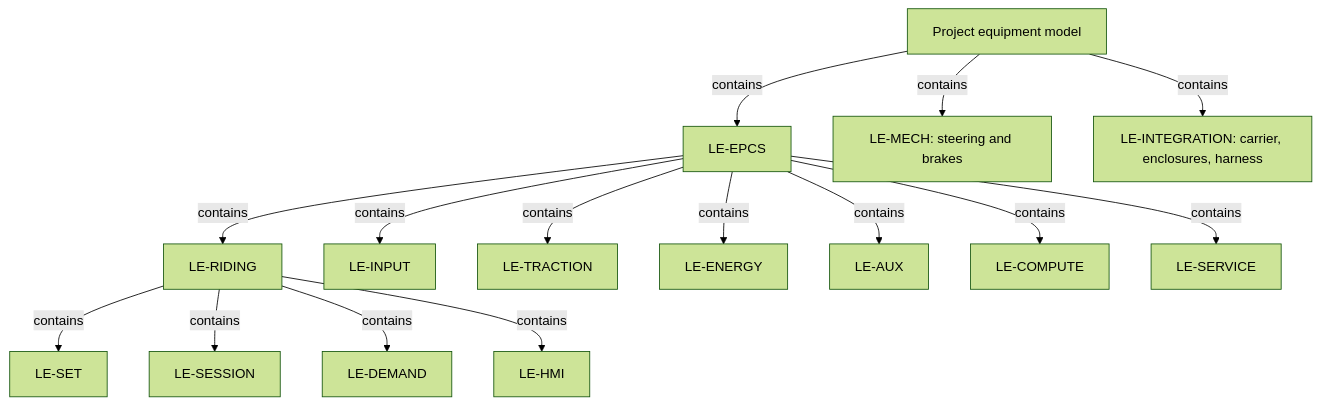
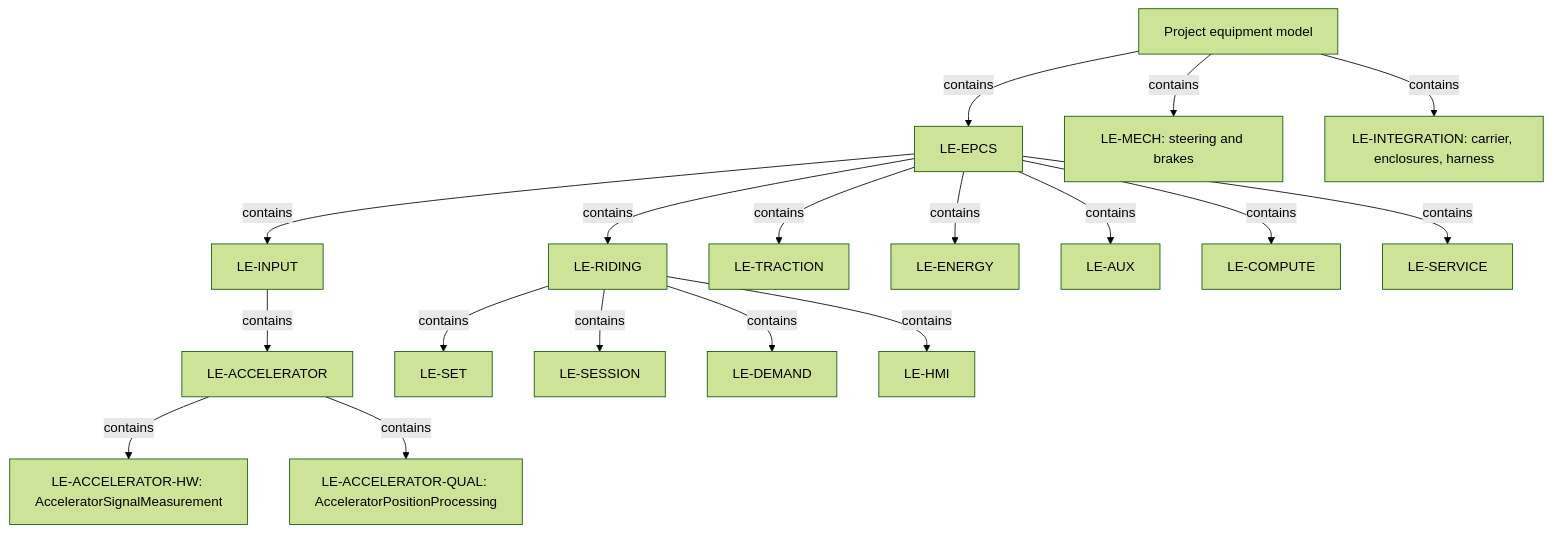
One commit to dhellhake/X2CityMCU changed the first of 2 diagrams in .devenv/Architecture/SystemArchitecture/ARCH-001_System_Architecture.md. Above: the diagram before and after it, drawn with Mermaid (forest theme). The commit also changed other lines of this file and 20 other files, not shown here.

Commit message:
Changed System Architecture towards Functional decomposition

````diff
--- a/.devenv/Architecture/SystemArchitecture/ARCH-001_System_Architecture.md
+++ b/.devenv/Architecture/SystemArchitecture/ARCH-001_System_Architecture.md
@@ -25,17 +25,20 @@
 ```mermaid
 flowchart TB
     Context["Project equipment model"] -->|contains| EPCS["LE-EPCS"]
     Context -->|contains| Mech["LE-MECH: steering and brakes"]
     Context -->|contains| VehicleIntegration["LE-INTEGRATION: carrier, enclosures, harness"]
     EPCS -->|contains| Riding["LE-RIDING"]
     EPCS -->|contains| Input["LE-INPUT"]
     EPCS -->|contains| Traction["LE-TRACTION"]
     EPCS -->|contains| Energy["LE-ENERGY"]
     EPCS -->|contains| Aux["LE-AUX"]
     EPCS -->|contains| Compute["LE-COMPUTE"]
     EPCS -->|contains| Service["LE-SERVICE"]
+    Input -->|contains| Accelerator["LE-ACCELERATOR"]
+    Accelerator -->|contains| AcceleratorHw["LE-ACCELERATOR-HW: AcceleratorSignalMeasurement"]
+    Accelerator -->|contains| AcceleratorQual["LE-ACCELERATOR-QUAL: AcceleratorPositionProcessing"]
     Riding -->|contains| Set["LE-SET"]
     Riding -->|contains| Session["LE-SESSION"]
     Riding -->|contains| Demand["LE-DEMAND"]
     Riding -->|contains| HMI["LE-HMI"]
 ```
````
